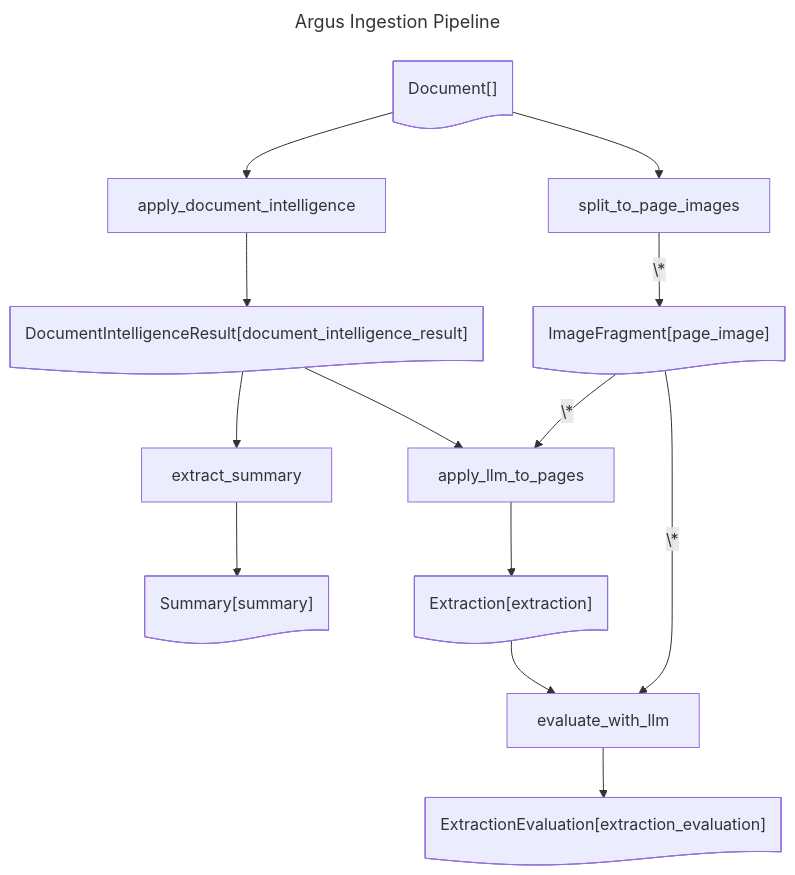
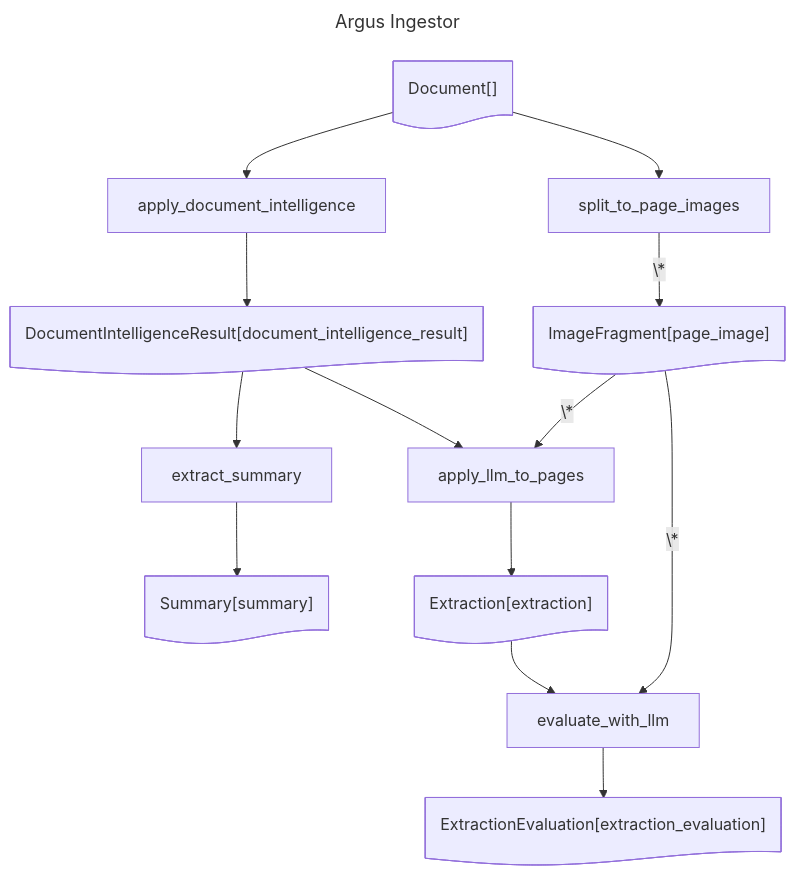
The diagram in examples/argus.md (Azure-Samples/az-ai-catalyst), drawn with Mermaid before and after one commit. The commit also changed other lines of this file and 4 other files, not shown here.

````diff
--- a/examples/argus.md
+++ b/examples/argus.md
@@ -1,37 +3,37 @@
 ```mermaid
 ---
-title: Argus Ingestion Pipeline
+title: Argus Ingestor
 ---
 flowchart TD
     Document@{ shape: doc, label: "Document[]" }
 
     apply_document_intelligence@{ shape: rect, label: "apply_document_intelligence" }
     split_to_page_images@{ shape: rect, label: "split_to_page_images" }
     extract_summary@{ shape: rect, label: "extract_summary" }
     apply_llm_to_pages@{ shape: rect, label: "apply_llm_to_pages" }
     evaluate_with_llm@{ shape: rect, label: "evaluate_with_llm" }
 
     DocumentIntelligenceResult_document_intelligence_result@{ shape: doc, label: "DocumentIntelligenceResult[document_intelligence_result]" }
     ImageFragment_page_image@{ shape: doc, label: "ImageFragment[page_image]" }
     Summary_summary@{ shape: doc, label: "Summary[summary]" }
     Extraction_extraction@{ shape: doc, label: "Extraction[extraction]" }
     ExtractionEvaluation_extraction_evaluation@{ shape: doc, label: "ExtractionEvaluation[extraction_evaluation]" }
 
     Document --> apply_document_intelligence
     apply_document_intelligence --> DocumentIntelligenceResult_document_intelligence_result
 
     Document --> split_to_page_images
     split_to_page_images -- \* --> ImageFragment_page_image
 
     DocumentIntelligenceResult_document_intelligence_result --> extract_summary
     extract_summary --> Summary_summary
 
     DocumentIntelligenceResult_document_intelligence_result --> apply_llm_to_pages
     ImageFragment_page_image -- \* --> apply_llm_to_pages
     apply_llm_to_pages --> Extraction_extraction
 
     Extraction_extraction --> evaluate_with_llm
     ImageFragment_page_image -- \* --> evaluate_with_llm
     evaluate_with_llm --> ExtractionEvaluation_extraction_evaluation
 
 ```
````
